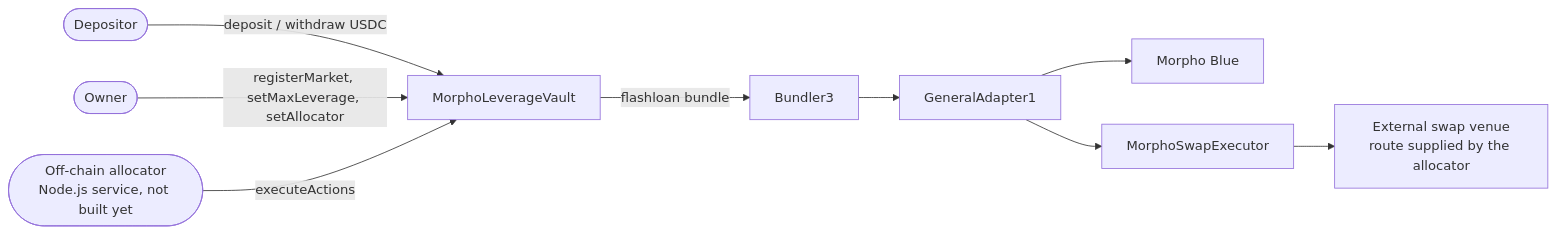
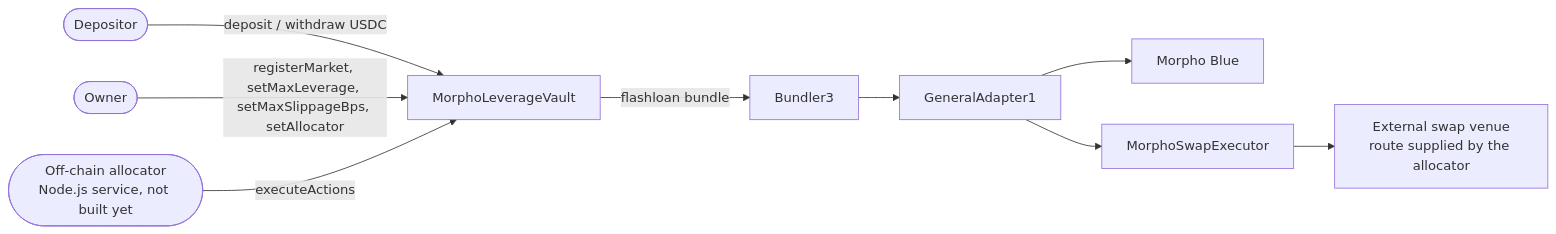
The second of 5 diagrams in README.md (pieakshat/Morpho-Controller), drawn with Mermaid before and after one commit. The commit also changed other lines of this file, not shown here.

````diff
--- a/README.md
+++ b/README.md
@@ -43,11 +43,11 @@
 ```mermaid
 flowchart LR
     Depositor(["Depositor"]) -->|deposit / withdraw USDC| Vault["MorphoLeverageVault"]
-    Owner(["Owner"]) -->|registerMarket, setMaxLeverage, setAllocator| Vault
+    Owner(["Owner"]) -->|registerMarket, setMaxLeverage, setMaxSlippageBps, setAllocator| Vault
     Allocator(["Off-chain allocator<br/>Node.js service, not built yet"]) -->|executeActions| Vault
     Vault -->|flashloan bundle| Bundler3["Bundler3"]
     Bundler3 --> GeneralAdapter1
     GeneralAdapter1 --> MorphoBlue["Morpho Blue"]
     GeneralAdapter1 --> SwapExecutor["MorphoSwapExecutor"]
     SwapExecutor --> SwapVenue["External swap venue<br/>route supplied by the allocator"]
 ```
````
